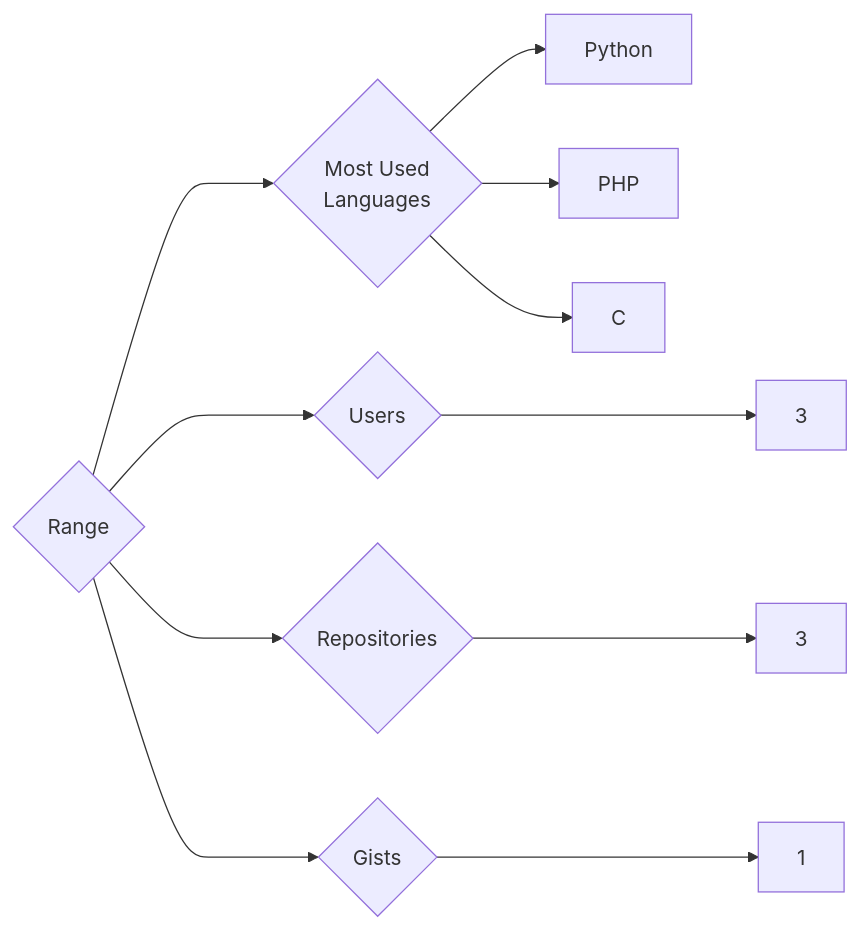
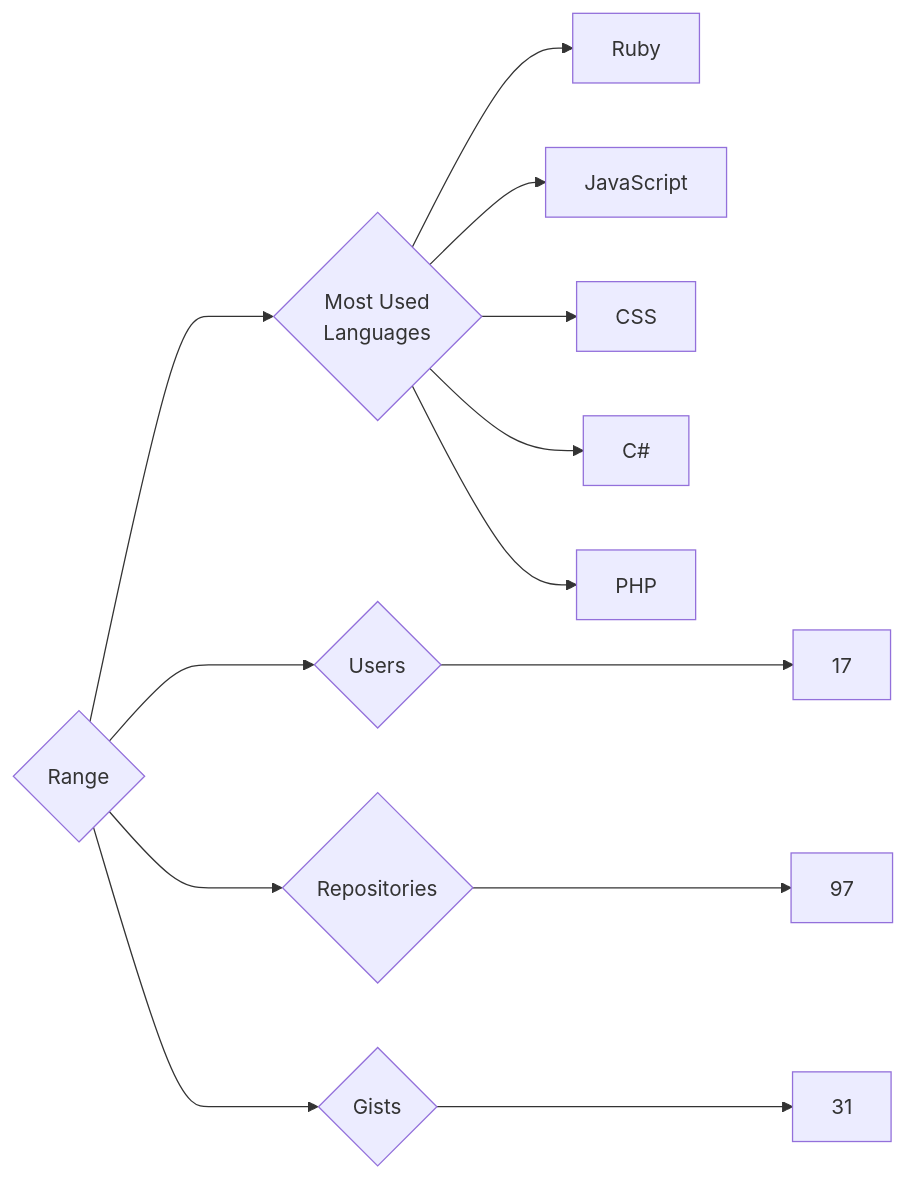
One commit to trickest/insiders changed the diagram in targets/Range/README.md. Above: the diagram before and after it, drawn with Mermaid. The commit also changed 860 other files, not shown here.

````diff
--- a/targets/Range/README.md
+++ b/targets/Range/README.md
@@ -3,11 +3,13 @@
 ```mermaid
 graph LR
 COMPANY_NAME{Range}
-COMPANY_NAME ---> U{Users} ---> UN[3]
-COMPANY_NAME ---> R{Repositories} ---> RN[3]
-COMPANY_NAME ---> G{Gists} ---> GN[1]
+COMPANY_NAME ---> U{Users} ---> UN[17]
+COMPANY_NAME ---> R{Repositories} ---> RN[97]
+COMPANY_NAME ---> G{Gists} ---> GN[31]
 COMPANY_NAME ---> ML{Most Used<br>Languages}
-ML --> Python[Python]
+ML --> Ruby[Ruby]
+ML --> JavaScript[JavaScript]
+ML --> CSS[CSS]
+ML --> C#[C#]
 ML --> PHP[PHP]
-ML --> C[C]
 ```
````
